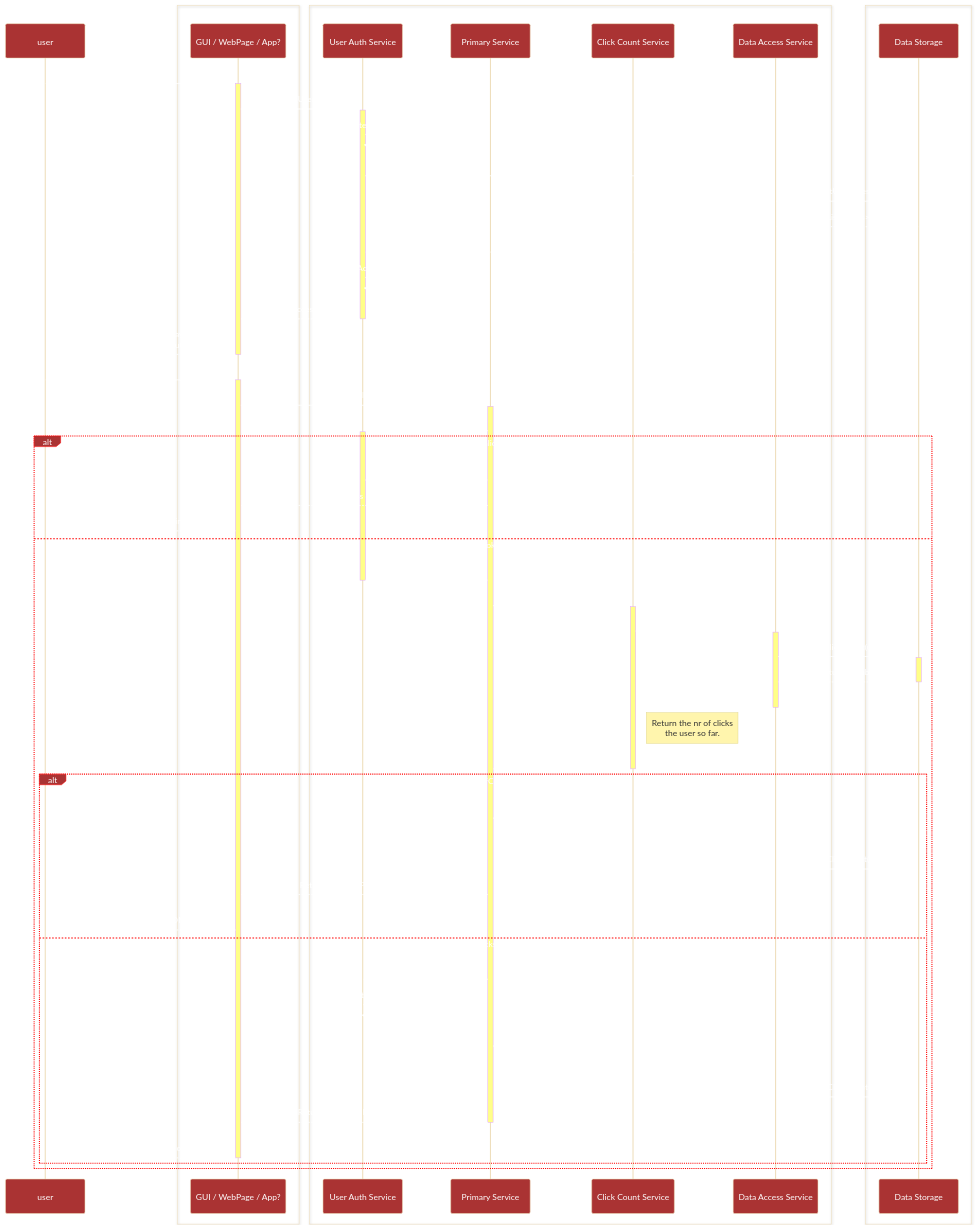
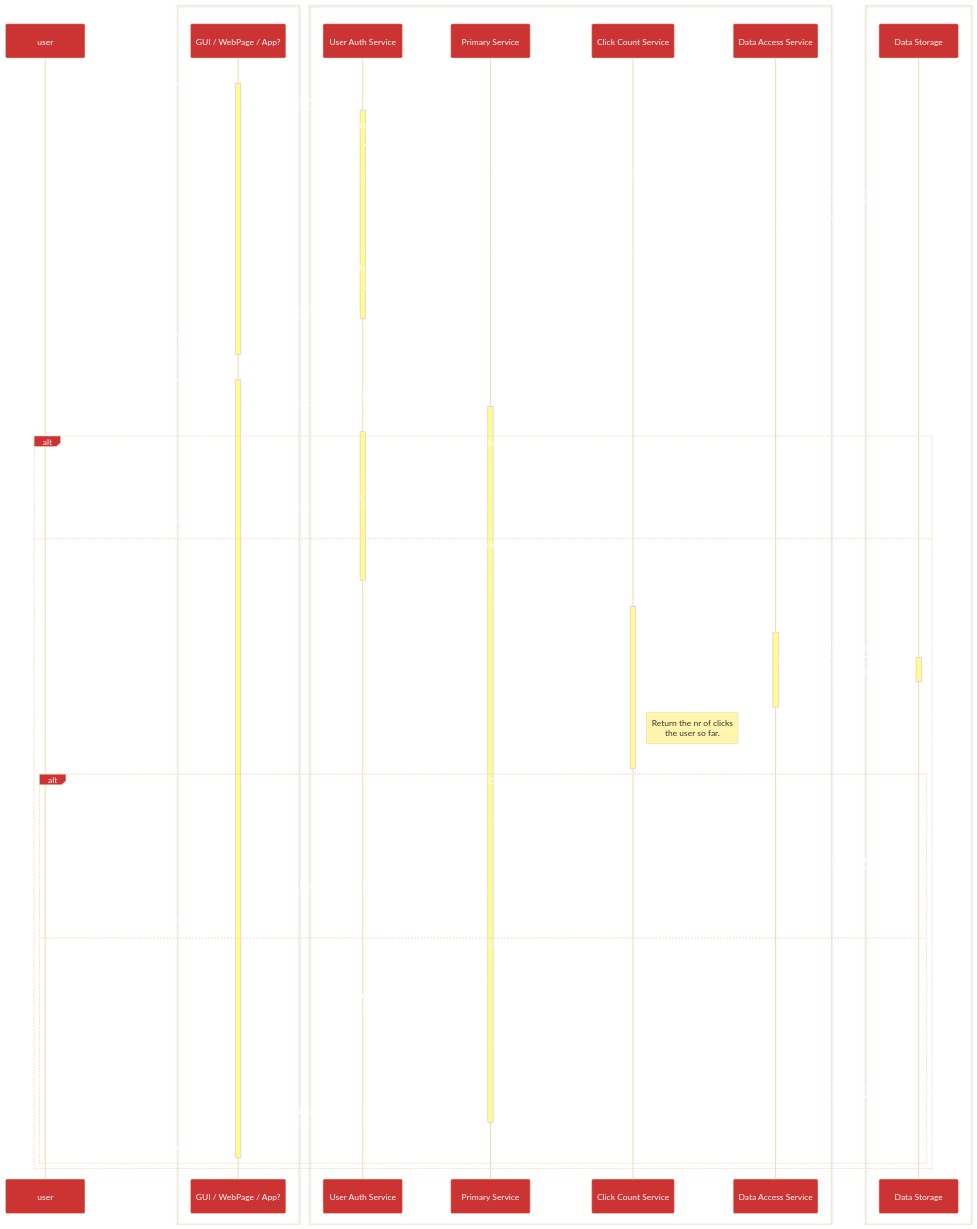
Before and after one commit to Kjartanl/mermaid: the diagram in diagrams/07-sequence.md, drawn with Mermaid. The commit also changed 4 other files, not shown here.

Commit message:
diagrams & docs updated

```diff
--- a/diagrams/07-sequence.md
+++ b/diagrams/07-sequence.md
@@ -10,8 +10,7 @@
     'theme': 'base',
     'themeVariables': {
       'primaryTextColor': '#ffffff',
-      'labelBoxBorderColor': '#ff0000',
-      'actorBkg': '#aa3333',
+      'actorBkg': '#cc3333',
       'activationBkgColor': '#ffff88'
     }
   }
```
